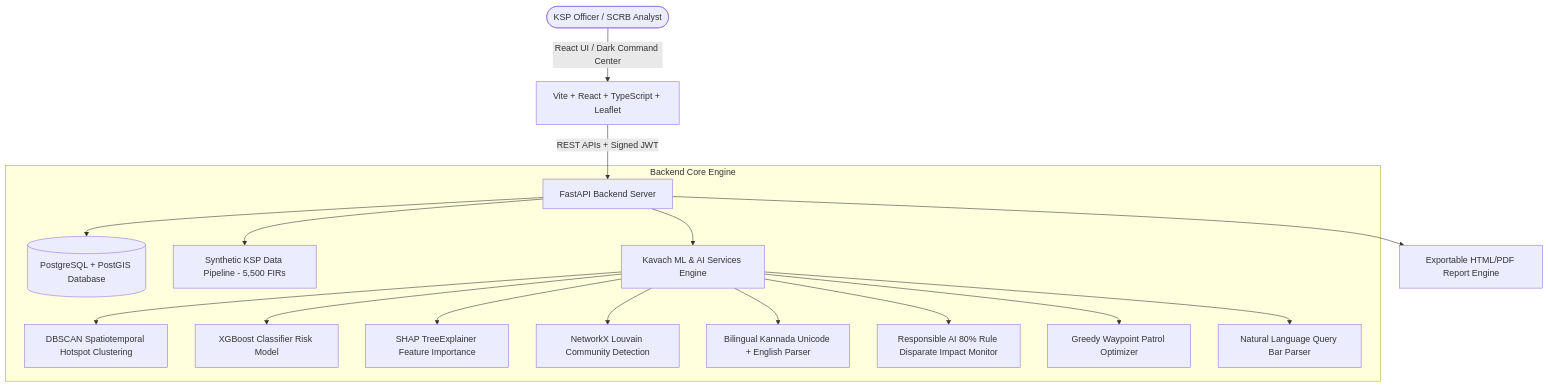
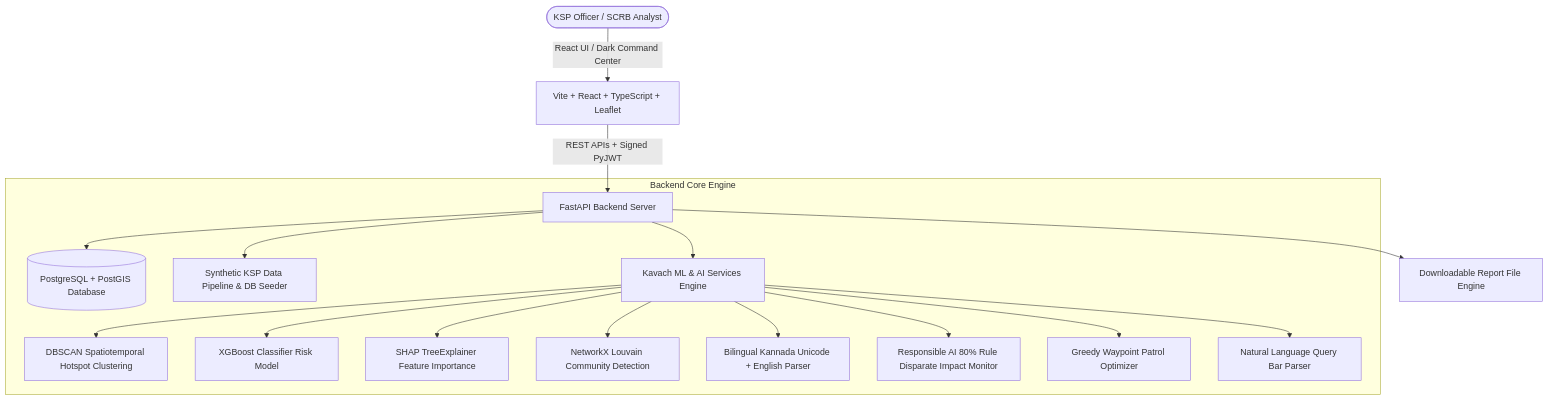
One commit to arjunvallala/Kavach changed the diagram in README.md. Above: the diagram before and after it, drawn with Mermaid. The commit also changed other lines of this file and 8 other files, not shown here.

Commit message:
Round-2 fixes: Genuine PostgreSQL/Database querying, password verification, PyJWT auth, dynamic overall fairness score math, downloadable report file endpoint, 12 pytest tests

````diff
--- a/README.md
+++ b/README.md
@@ -43,22 +43,22 @@
 ```mermaid
 graph TD
     User([KSP Officer / SCRB Analyst]) -->|React UI / Dark Command Center| Frontend[Vite + React + TypeScript + Leaflet]
-    Frontend -->|REST APIs + Signed JWT| Backend[FastAPI Backend Server]
+    Frontend -->|REST APIs + Signed PyJWT| Backend[FastAPI Backend Server]
     
     subgraph Backend Core Engine
         Backend --> DB[(PostgreSQL + PostGIS Database)]
-        Backend --> DataGen[Synthetic KSP Data Pipeline - 5,500 FIRs]
+        Backend --> DataGen[Synthetic KSP Data Pipeline & DB Seeder]
         Backend --> MLEngine[Kavach ML & AI Services Engine]
         
         MLEngine --> DBSCAN[DBSCAN Spatiotemporal Hotspot Clustering]
         MLEngine --> XGBoost[XGBoost Classifier Risk Model]
         MLEngine --> SHAP[SHAP TreeExplainer Feature Importance]
         MLEngine --> Louvain[NetworkX Louvain Community Detection]
         MLEngine --> BilingualNLP[Bilingual Kannada Unicode + English Parser]
         MLEngine --> FairnessAudit[Responsible AI 80% Rule Disparate Impact Monitor]
         MLEngine --> RouteOpt[Greedy Waypoint Patrol Optimizer]
         MLEngine --> NLQuery[Natural Language Query Bar Parser]
     end
 
-    Backend --> Export[Exportable HTML/PDF Report Engine]
+    Backend --> Export[Downloadable Report File Engine]
 ```
````
